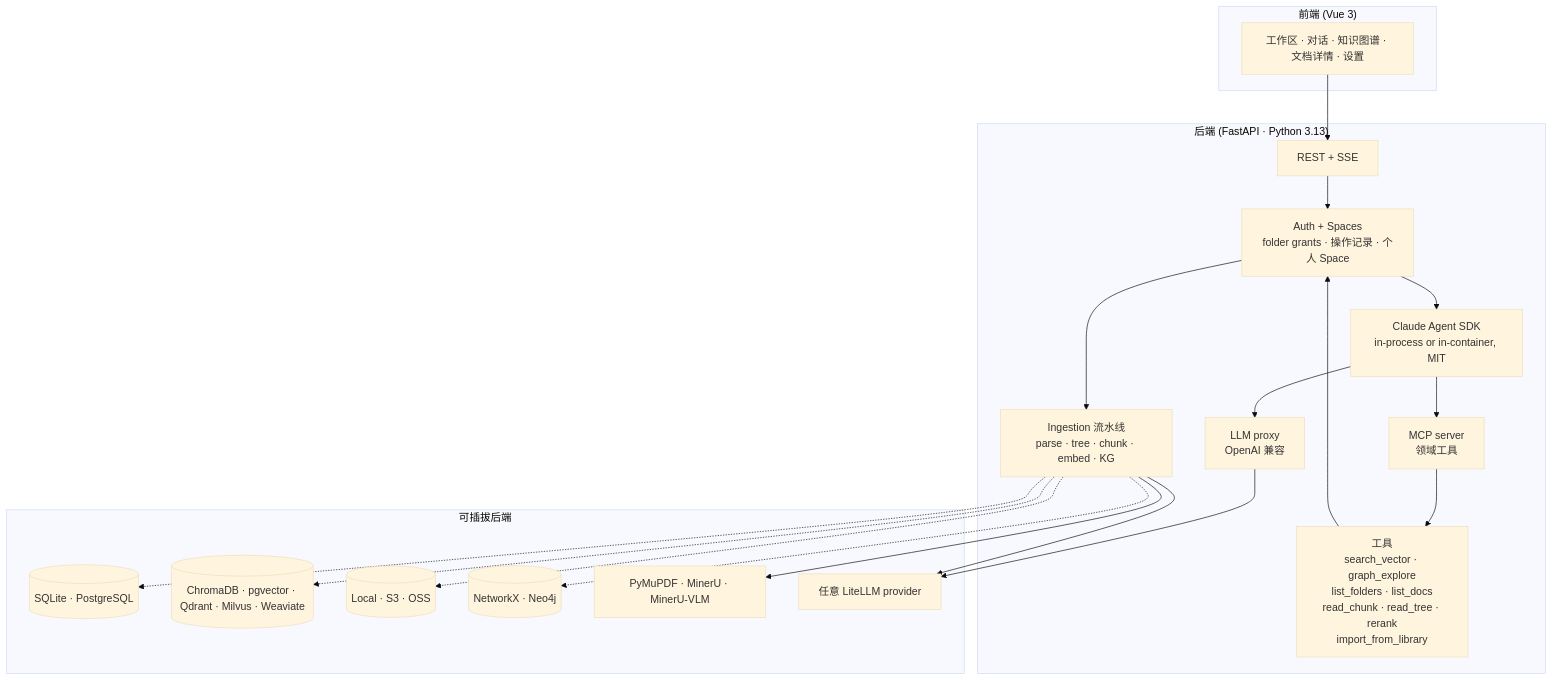
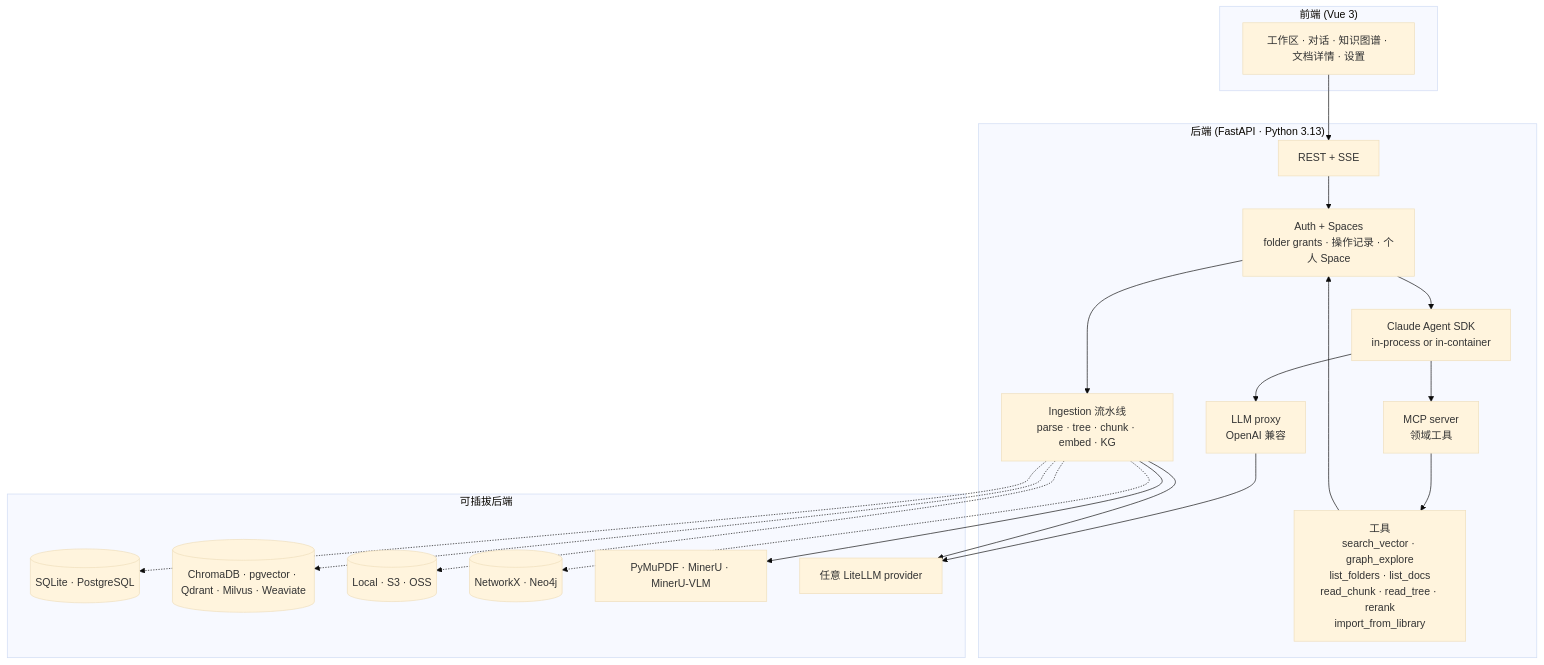
The second of 2 diagrams in README_CN.md (deeplethe/ForgeRAG), drawn with Mermaid (base theme) before and after one commit. The commit also changed other lines of this file and 6 other files, not shown here.

````diff
--- a/README_CN.md
+++ b/README_CN.md
@@ -177,35 +177,35 @@
 ```mermaid
 flowchart TB
     subgraph "前端 (Vue 3)"
         UI[工作区 · 对话 · 知识图谱 · 文档详情 · 设置]
     end
     subgraph "后端 (FastAPI · Python 3.13)"
         API[REST + SSE]
-        AGENT[Claude Agent SDK<br/>in-process or in-container, MIT]
+        AGENT[Claude Agent SDK<br/>in-process or in-container]
         MCP[MCP server<br/>领域工具]
         LLMP[LLM proxy<br/>OpenAI 兼容]
         ING[Ingestion 流水线<br/>parse · tree · chunk · embed · KG]
         TOOLS[工具<br/>search_vector · graph_explore<br/>list_folders · list_docs<br/>read_chunk · read_tree · rerank<br/>import_from_library]
         AUTH[Auth + Spaces<br/>folder grants · 操作记录 · 个人 Space]
     end
     subgraph "可插拔后端"
         REL[(SQLite · PostgreSQL)]
         VEC[(ChromaDB · pgvector · Qdrant · Milvus · Weaviate)]
         BLOB[(Local · S3 · OSS)]
         KGS[(NetworkX · Neo4j)]
         PARSE[PyMuPDF · MinerU · MinerU-VLM]
         LLM[任意 LiteLLM provider]
     end
     UI --> API
     API --> AUTH
     AUTH --> AGENT
     AUTH --> ING
     AGENT --> MCP
     AGENT --> LLMP
     MCP --> TOOLS
     TOOLS --> AUTH
     LLMP --> LLM
     ING -.-> REL & VEC & BLOB & KGS
     ING --> PARSE
     ING --> LLM
 ```
````
